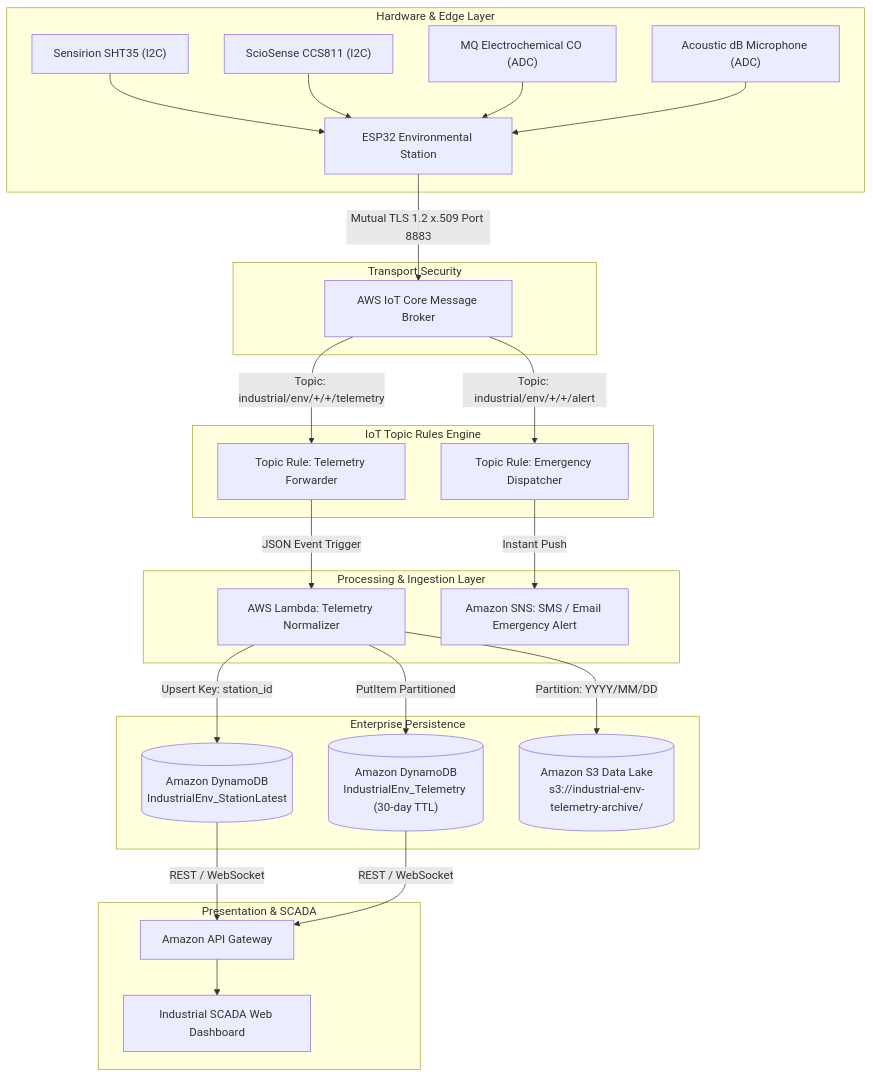
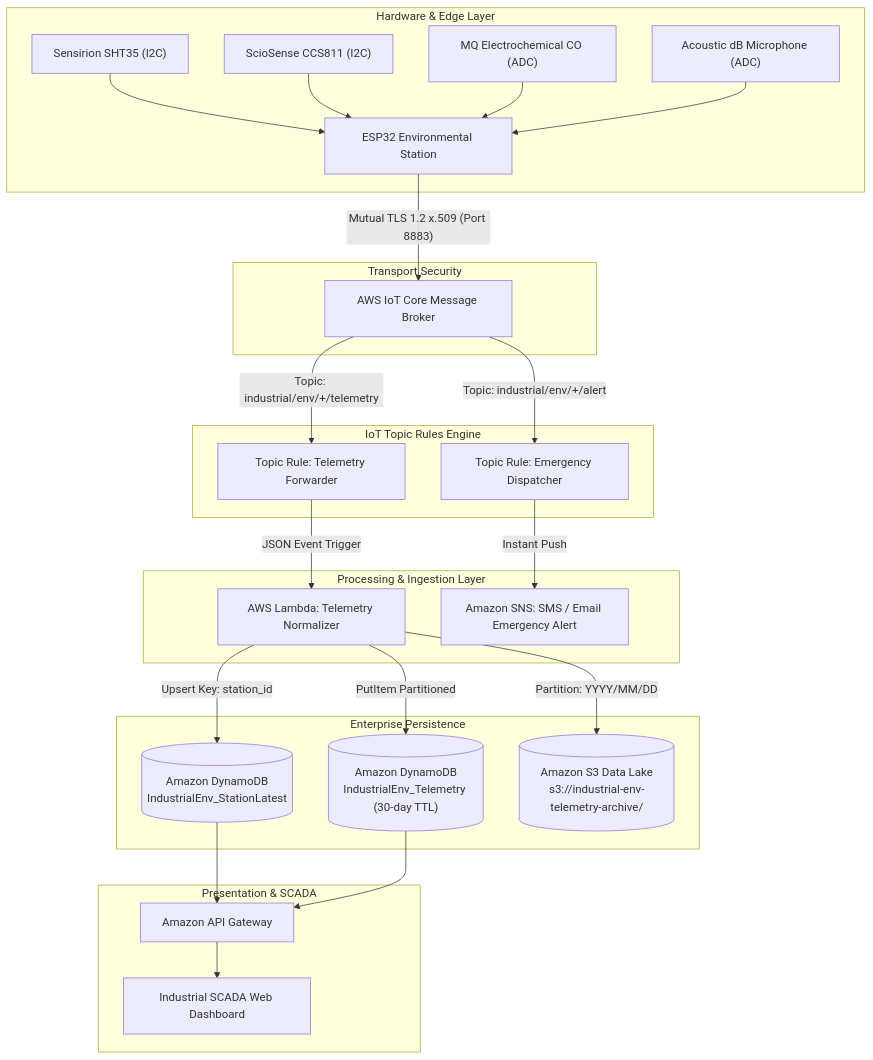
One commit to kadirmercan00/industrial-env-monitor changed the diagram in cloud/ARCHITECTURE.md. Above: the diagram before and after it, drawn with Mermaid. The commit also changed 1 other file, not shown here.

Commit message:
fix(docs): fix mermaid diagram syntax for GitHub parser

````diff
--- a/cloud/ARCHITECTURE.md
+++ b/cloud/ARCHITECTURE.md
@@ -9,37 +9,41 @@
 ```mermaid
 flowchart TD
     subgraph Edge ["Hardware & Edge Layer"]
         ESP32["ESP32 Environmental Station"]
         SHT35["Sensirion SHT35 (I2C)"]
         CCS811["ScioSense CCS811 (I2C)"]
         CO["MQ Electrochemical CO (ADC)"]
         MIC["Acoustic dB Microphone (ADC)"]
         
-        SHT35 & CCS811 & CO & MIC --> ESP32
+        SHT35 --> ESP32
+        CCS811 --> ESP32
+        CO --> ESP32
+        MIC --> ESP32
     end
 
     subgraph Security ["Transport Security"]
-        ESP32 -->|Mutual TLS 1.2 x.509 Port 8883| AWS_IOT["AWS IoT Core Message Broker"]
+        ESP32 -->|"Mutual TLS 1.2 x.509 (Port 8883)"| AWS_IOT["AWS IoT Core Message Broker"]
     end
 
     subgraph Rules ["IoT Topic Rules Engine"]
-        AWS_IOT -->|Topic: industrial/env/+/+/telemetry| RULE1["Topic Rule: Telemetry Forwarder"]
-        AWS_IOT -->|Topic: industrial/env/+/+/alert| RULE2["Topic Rule: Emergency Dispatcher"]
+        AWS_IOT -->|"Topic: industrial/env/+/telemetry"| RULE1["Topic Rule: Telemetry Forwarder"]
+        AWS_IOT -->|"Topic: industrial/env/+/alert"| RULE2["Topic Rule: Emergency Dispatcher"]
     end
 
     subgraph Serverless ["Processing & Ingestion Layer"]
-        RULE1 -->|JSON Event Trigger| LAMBDA["AWS Lambda: Telemetry Normalizer"]
-        RULE2 -->|Instant Push| SNS_EMERGENCY["Amazon SNS: SMS / Email Emergency Alert"]
+        RULE1 -->|"JSON Event Trigger"| LAMBDA["AWS Lambda: Telemetry Normalizer"]
+        RULE2 -->|"Instant Push"| SNS_EMERGENCY["Amazon SNS: SMS / Email Emergency Alert"]
     end
 
     subgraph Storage ["Enterprise Persistence"]
-        LAMBDA -->|PutItem Partitioned| DYNAMO_TS[("Amazon DynamoDB\nIndustrialEnv_Telemetry (30-day TTL)")]
-        LAMBDA -->|Upsert Key: station_id| DYNAMO_LATEST[("Amazon DynamoDB\nIndustrialEnv_StationLatest")]
-        LAMBDA -->|Partition: YYYY/MM/DD| S3_COLD[("Amazon S3 Data Lake\ns3://industrial-env-telemetry-archive/")]
+        LAMBDA -->|"PutItem Partitioned"| DYNAMO_TS[("Amazon DynamoDB\nIndustrialEnv_Telemetry (30-day TTL)")]
+        LAMBDA -->|"Upsert Key: station_id"| DYNAMO_LATEST[("Amazon DynamoDB\nIndustrialEnv_StationLatest")]
+        LAMBDA -->|"Partition: YYYY/MM/DD"| S3_COLD[("Amazon S3 Data Lake\ns3://industrial-env-telemetry-archive/")]
     end
 
     subgraph Presentation ["Presentation & SCADA"]
-        DYNAMO_LATEST & DYNAMO_TS -->|REST / WebSocket| APIGW["Amazon API Gateway"]
+        DYNAMO_LATEST --> APIGW["Amazon API Gateway"]
+        DYNAMO_TS --> APIGW
         APIGW --> WEB["Industrial SCADA Web Dashboard"]
     end
 ```
````
